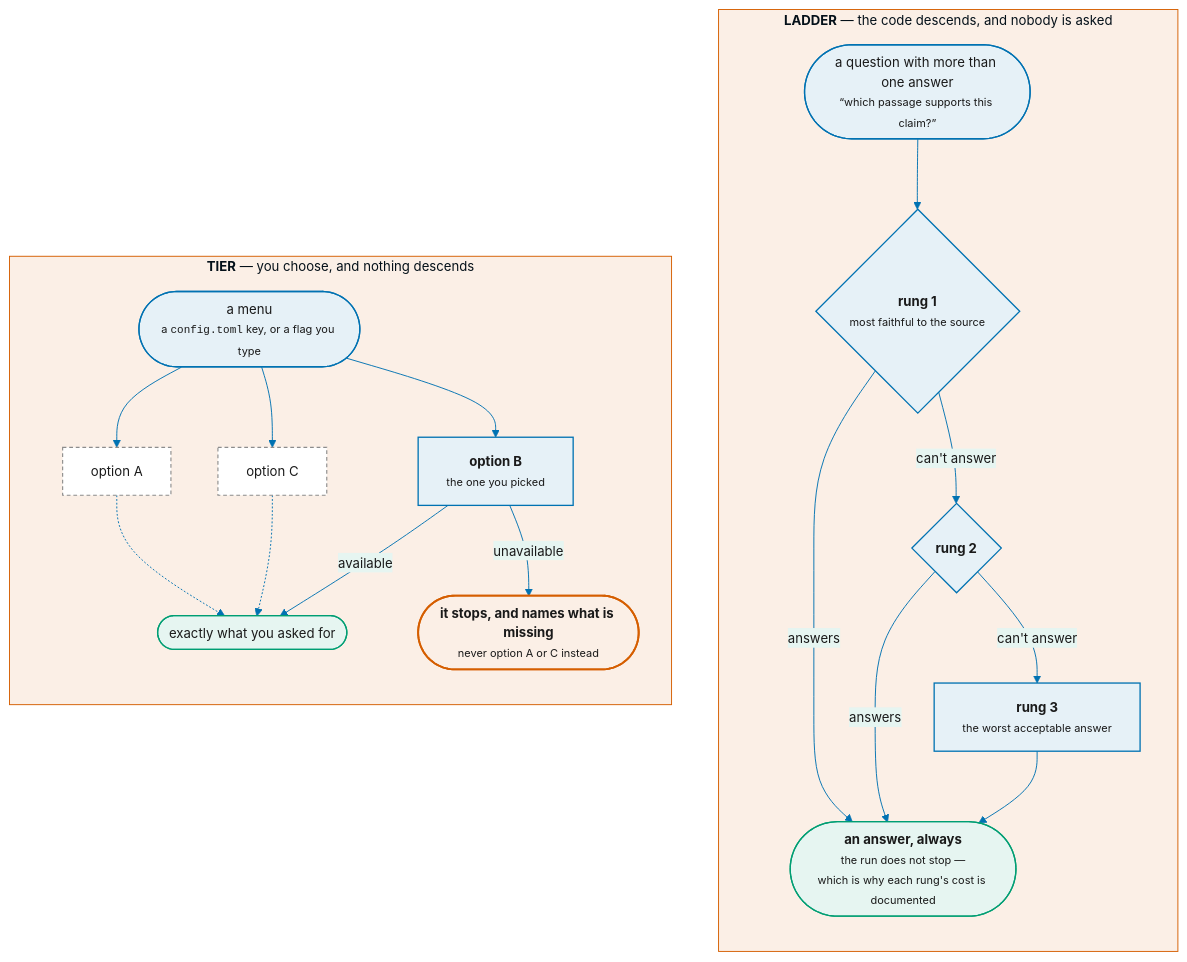
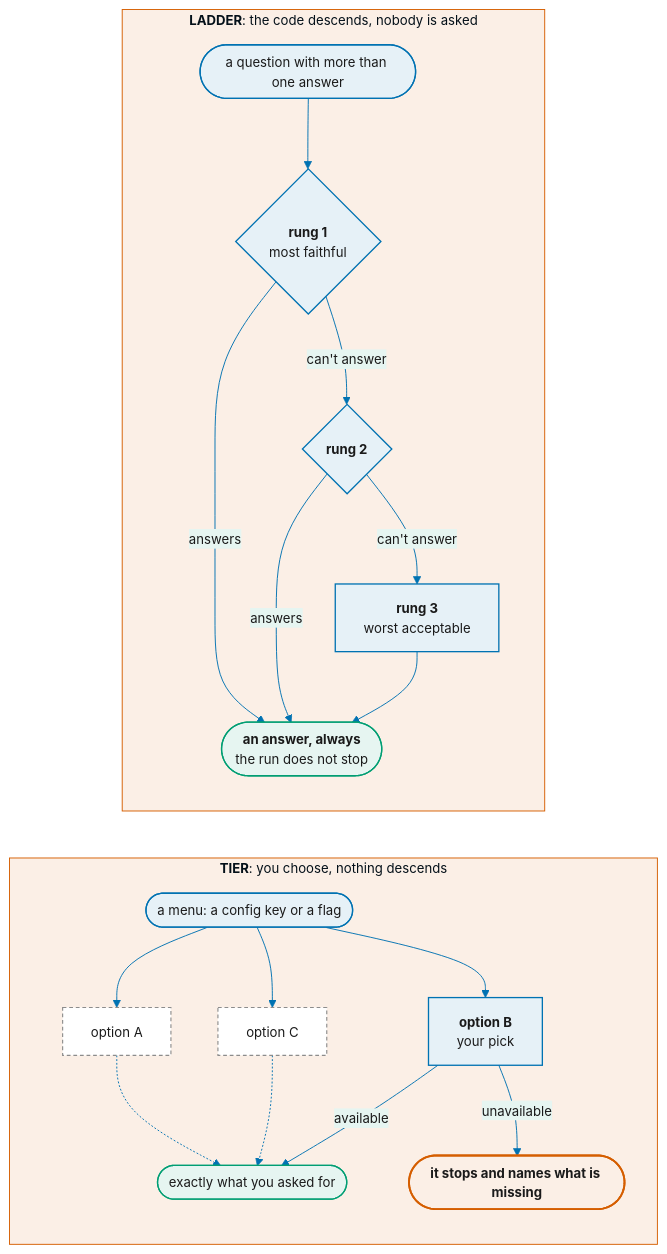
One commit to prasadtalasila/chitragupta changed the first of 2 diagrams in docs/LADDERS.md. Above: the diagram before and after it, drawn with Mermaid. The commit also changed other lines of this file and 145 other files, not shown here.

````diff
--- a/docs/LADDERS.md
+++ b/docs/LADDERS.md
@@ -113,60 +76,61 @@
 ```mermaid
 %%{init: {
   "theme": "base",
   "themeVariables": {
     "fontSize": "14px",
     "primaryColor": "#E6F1F7",
     "primaryBorderColor": "#0072B2",
     "primaryTextColor": "#1A1A1A",
     "lineColor": "#0072B2",
     "secondaryColor": "#E6F5F1",
     "secondaryBorderColor": "#009E73",
     "tertiaryColor": "#FBEFE6",
     "tertiaryBorderColor": "#D55E00"
   }
 }}%%
 flowchart TB
 
-  subgraph LAD["<b>LADDER</b> — the code descends, and nobody is asked"]
+  subgraph LAD["<b>LADDER</b>: the code descends, nobody is asked"]
     direction TB
-    LQ(["a question with more than one answer<br/><small>“which passage supports this claim?”</small>"])
-    L1{"<b>rung 1</b><br/><small>most faithful to the source</small>"}
+    LQ(["a question with more than one answer"])
+    L1{"<b>rung 1</b><br/>most faithful"}
     L2{"<b>rung 2</b>"}
-    L3["<b>rung 3</b><br/><small>the worst acceptable answer</small>"]
-    LA(["<b>an answer, always</b><br/><small>the run does not stop —<br/>which is why each rung's cost is documented</small>"])
+    L3["<b>rung 3</b><br/>worst acceptable"]
+    LA(["<b>an answer, always</b><br/>the run does not stop"])
     LQ --> L1
     L1 -- "answers" --> LA
     L1 -- "can't answer" --> L2
     L2 -- "answers" --> LA
     L2 -- "can't answer" --> L3
     L3 --> LA
   end
 
-  subgraph TIE["<b>TIER</b> — you choose, and nothing descends"]
+  subgraph TIE["<b>TIER</b>: you choose, nothing descends"]
     direction TB
-    TQ(["a menu<br/><small>a <code>config.toml</code> key, or a flag you type</small>"])
+    TQ(["a menu: a config key or a flag"])
     T1["option A"]
-    T2["<b>option B</b><br/><small>the one you picked</small>"]
+    T2["<b>option B</b><br/>your pick"]
     T3["option C"]
     TOK(["exactly what you asked for"])
-    TNO(["<b>it stops, and names what is missing</b><br/><small>never option A or C instead</small>"])
+    TNO(["<b>it stops and names what is missing</b>"])
     TQ --> T1 & T2 & T3
     T1 -.-> TOK
     T3 -.-> TOK
     T2 -- "available" --> TOK
     T2 -- "unavailable" --> TNO
   end
+  LA ~~~ TQ
 
 
   class LQ,TQ flow
   class L1,L2,L3,T2 flow
   class LA,TOK alt
   class TNO key
   class T1,T3 absent
 
   %% house roles: generated by scripts/render_diagrams.py --sync
   classDef flow fill:#E6F1F7,stroke:#0072B2,stroke-width:1.4px,color:#1A1A1A
   classDef alt fill:#E6F5F1,stroke:#009E73,stroke-width:1.4px,color:#1A1A1A
   classDef key fill:#FBEFE6,stroke:#D55E00,stroke-width:2px,color:#1A1A1A
   classDef absent fill:#FFFFFF,stroke:#8C8C8C,stroke-width:1.2px,stroke-dasharray:4 3,color:#1A1A1A
 ```
````
